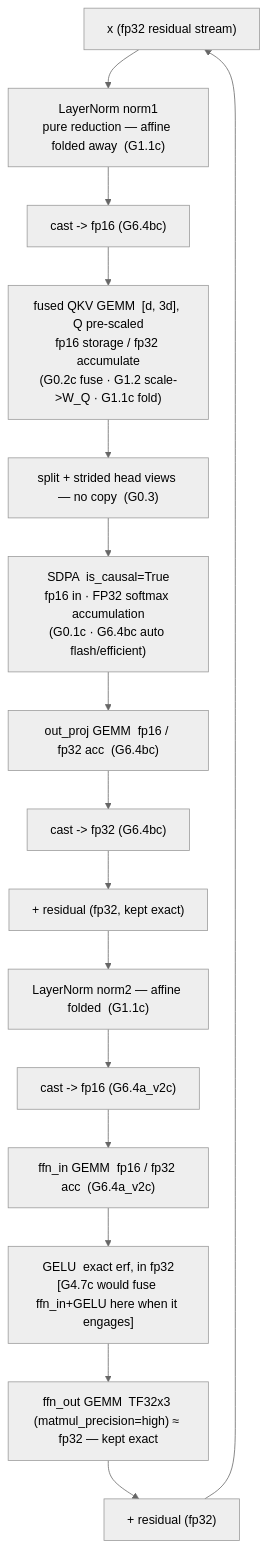
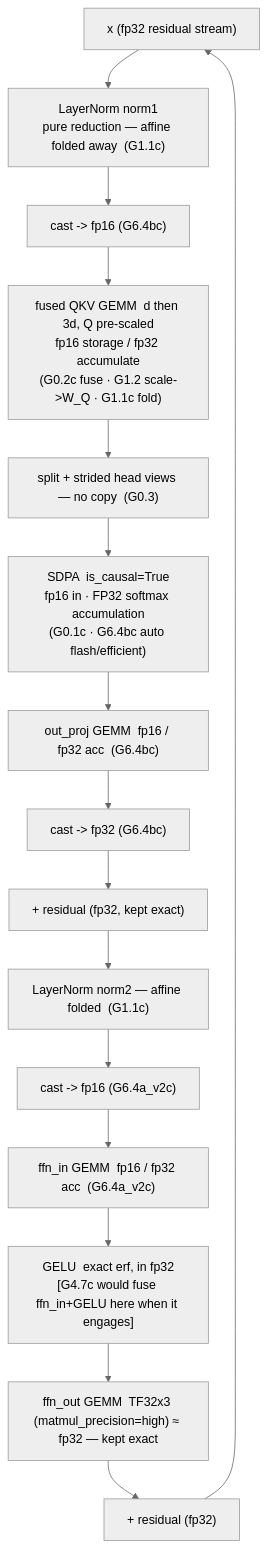
One commit to yeoshuyi/Flipfloppers-GPU-Kernel-Optimizer changed the third of 3 diagrams in README.md. Above: the diagram before and after it, drawn with Mermaid (neutral theme). The commit also changed other lines of this file, not shown here.

Commit message:
readme: sanitize Mermaid node labels (GitHub renderer robustness)

````diff
--- a/README.md
+++ b/README.md
@@ -357,18 +357,18 @@
 ```mermaid
 flowchart TD
     X["x  (fp32 residual stream)"] --> N1["LayerNorm norm1<br/>pure reduction — affine folded away  (G1.1c)"]
     N1 --> C1["cast -> fp16  (G6.4bc)"]
-    C1 --> QKV["fused QKV GEMM  [d, 3d], Q pre-scaled<br/>fp16 storage / fp32 accumulate<br/>(G0.2c fuse · G1.2 scale->W_Q · G1.1c fold)"]
+    C1 --> QKV["fused QKV GEMM  d then 3d, Q pre-scaled<br/>fp16 storage / fp32 accumulate<br/>(G0.2c fuse · G1.2 scale->W_Q · G1.1c fold)"]
     QKV --> SPL["split + strided head views — no copy  (G0.3)"]
     SPL --> SDPA["SDPA  is_causal=True<br/>fp16 in · FP32 softmax accumulation<br/>(G0.1c · G6.4bc auto flash/efficient)"]
     SDPA --> OP["out_proj GEMM  fp16 / fp32 acc  (G6.4bc)"]
     OP --> C2["cast -> fp32  (G6.4bc)"]
     C2 --> R1["+ residual   (fp32, kept exact)"]
     R1 --> N2["LayerNorm norm2 — affine folded  (G1.1c)"]
     N2 --> C3["cast -> fp16  (G6.4a_v2c)"]
     C3 --> FI["ffn_in GEMM  fp16 / fp32 acc  (G6.4a_v2c)"]
     FI --> GE["GELU  exact erf, in fp32<br/>[G4.7c would fuse ffn_in+GELU here when it engages]"]
     GE --> FO["ffn_out GEMM  TF32x3 (matmul_precision=high) ≈ fp32 — kept exact"]
     FO --> R2["+ residual   (fp32)"]
     R2 --> X
 ```
````
